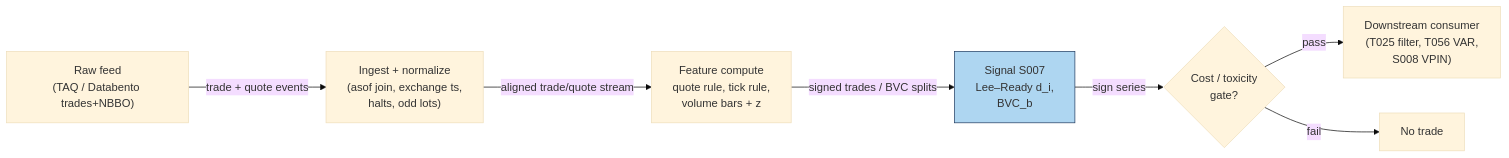
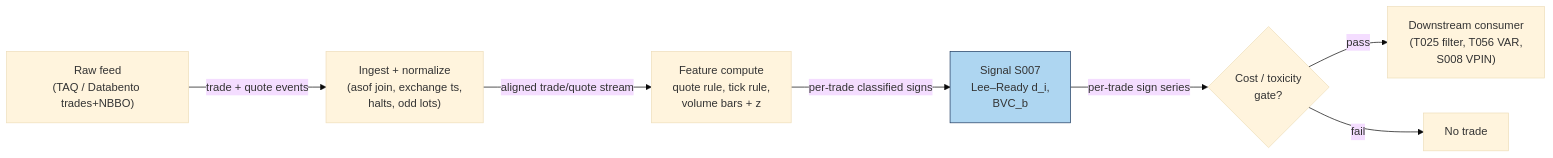
One commit to praveenguptahcl/quant-signals-deep changed the diagram in batches/SB4/S007.md. Above: the diagram before and after it, drawn with Mermaid (base theme). The commit also changed other lines of this file and 20 other files, not shown here.

````diff
--- a/batches/SB4/S007.md
+++ b/batches/SB4/S007.md
@@ -139,10 +157,10 @@
 ```mermaid
 flowchart LR
     FEED["Raw feed\n(TAQ / Databento trades+NBBO)"] -->|"trade + quote events"| ING["Ingest + normalize\n(asof join, exchange ts,\nhalts, odd lots)"]
     ING -->|"aligned trade/quote stream"| FEAT["Feature compute\nquote rule, tick rule,\nvolume bars + z"]
-    FEAT -->|"signed trades / BVC splits"| SIG["Signal S007\nLee–Ready d_i,\nBVC_b"]
-    SIG -->|"sign series"| GATE{"Cost / toxicity\ngate?"}
+    FEAT -->|"per-trade classified signs"| SIG["Signal S007\nLee–Ready d_i,\nBVC_b"]
+    SIG -->|"per-trade sign series"| GATE{"Cost / toxicity\ngate?"}
     GATE -->|pass| OUT["Downstream consumer\n(T025 filter, T056 VAR,\nS008 VPIN)"]
     GATE -->|fail| DROP["No trade"]
     style SIG fill:#aed6f1,stroke:#1f3a5f
 ```
````
